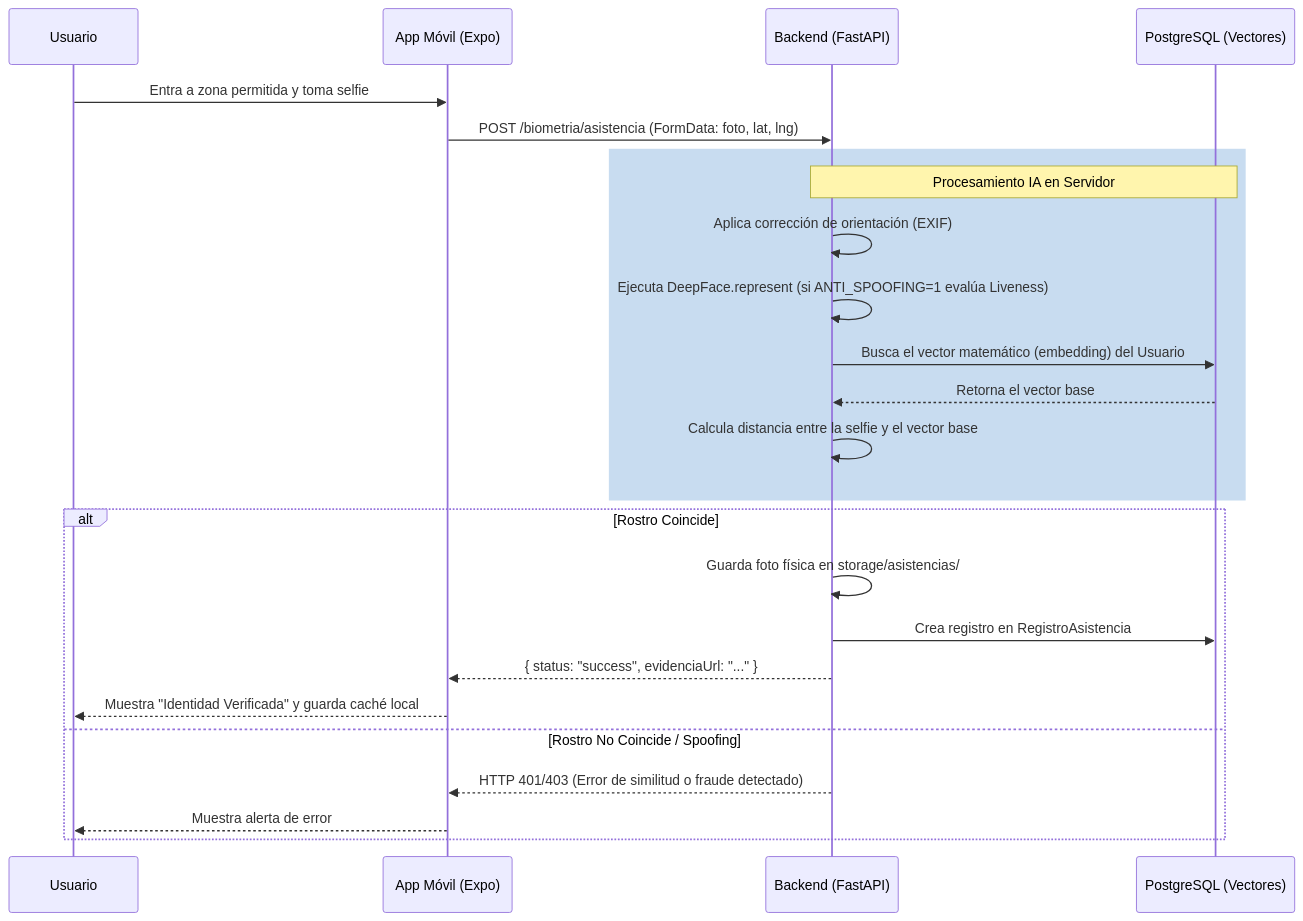
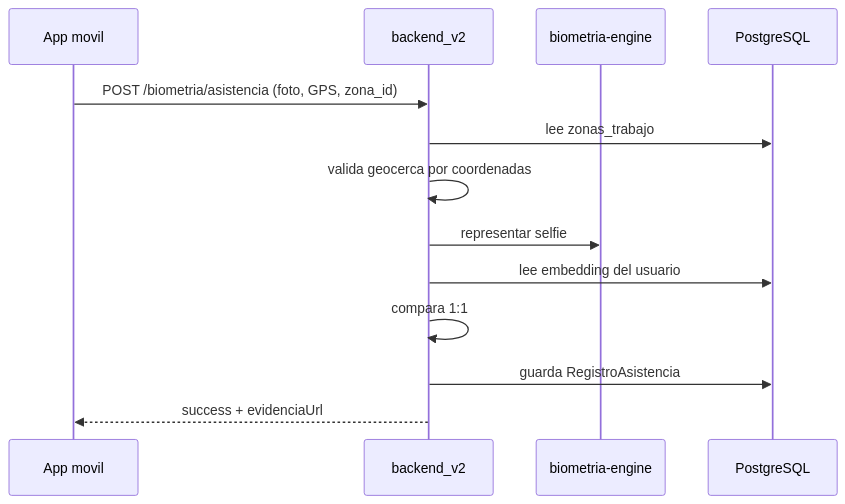
One commit to LuisRojas0923/Gestor-de-proyectos-Ti changed the second of 2 diagrams in movil/docs/ARQUITECTURA.md. Above: the diagram before and after it, drawn with Mermaid. The commit also changed other lines of this file and 15 other files, not shown here.

````diff
--- a/movil/docs/ARQUITECTURA.md
+++ b/movil/docs/ARQUITECTURA.md
@@ -46,29 +56,16 @@
 ```mermaid
 sequenceDiagram
-    participant U as Usuario
-    participant App as App Móvil (Expo)
-    participant API as Backend (FastAPI)
-    participant DB as PostgreSQL (Vectores)
+    participant App as App movil
+    participant API as backend_v2
+    participant Engine as biometria-engine
+    participant DB as PostgreSQL
 
-    U->>App: Entra a zona permitida y toma selfie
-    App->>API: POST /biometria/asistencia (FormData: foto, lat, lng)
-    
-    rect rgb(200, 220, 240)
-        Note over API,DB: Procesamiento IA en Servidor
-        API->>API: Aplica corrección de orientación (EXIF)
-        API->>API: Ejecuta DeepFace.represent (si ANTI_SPOOFING=1 evalúa Liveness)
-        API->>DB: Busca el vector matemático (embedding) del Usuario
-        DB-->>API: Retorna el vector base
-        API->>API: Calcula distancia entre la selfie y el vector base
-    end
-    
-    alt Rostro Coincide
-        API->>API: Guarda foto física en storage/asistencias/
-        API->>DB: Crea registro en RegistroAsistencia
-        API-->>App: { status: "success", evidenciaUrl: "..." }
-        App-->>U: Muestra "Identidad Verificada" y guarda caché local
-    else Rostro No Coincide / Spoofing
-        API-->>App: HTTP 401/403 (Error de similitud o fraude detectado)
-        App-->>U: Muestra alerta de error
-    end
+    App->>API: POST /biometria/asistencia (foto, GPS, zona_id)
+    API->>DB: lee zonas_trabajo
+    API->>API: valida geocerca por coordenadas
+    API->>Engine: representar selfie
+    API->>DB: lee embedding del usuario
+    API->>API: compara 1:1
+    API->>DB: guarda RegistroAsistencia
+    API-->>App: success + evidenciaUrl
 ```
````
